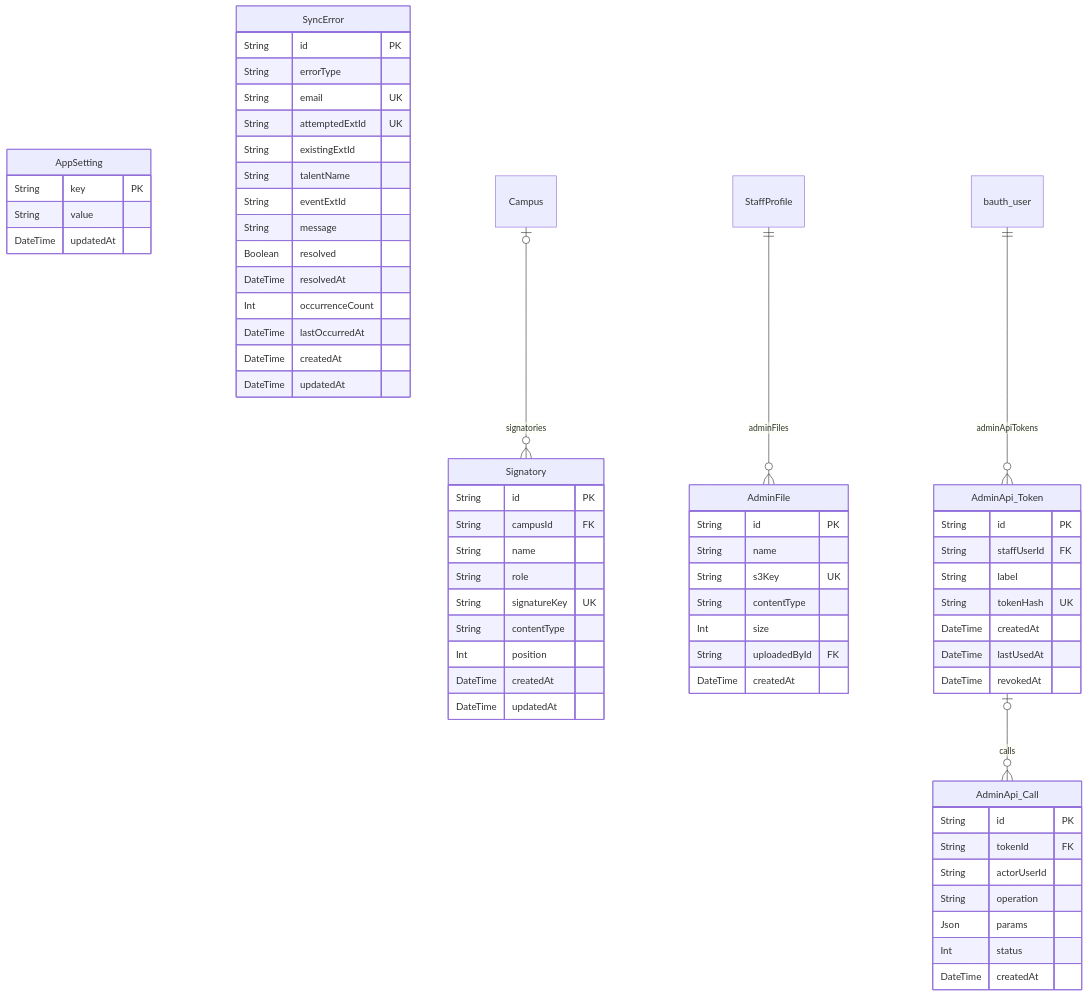
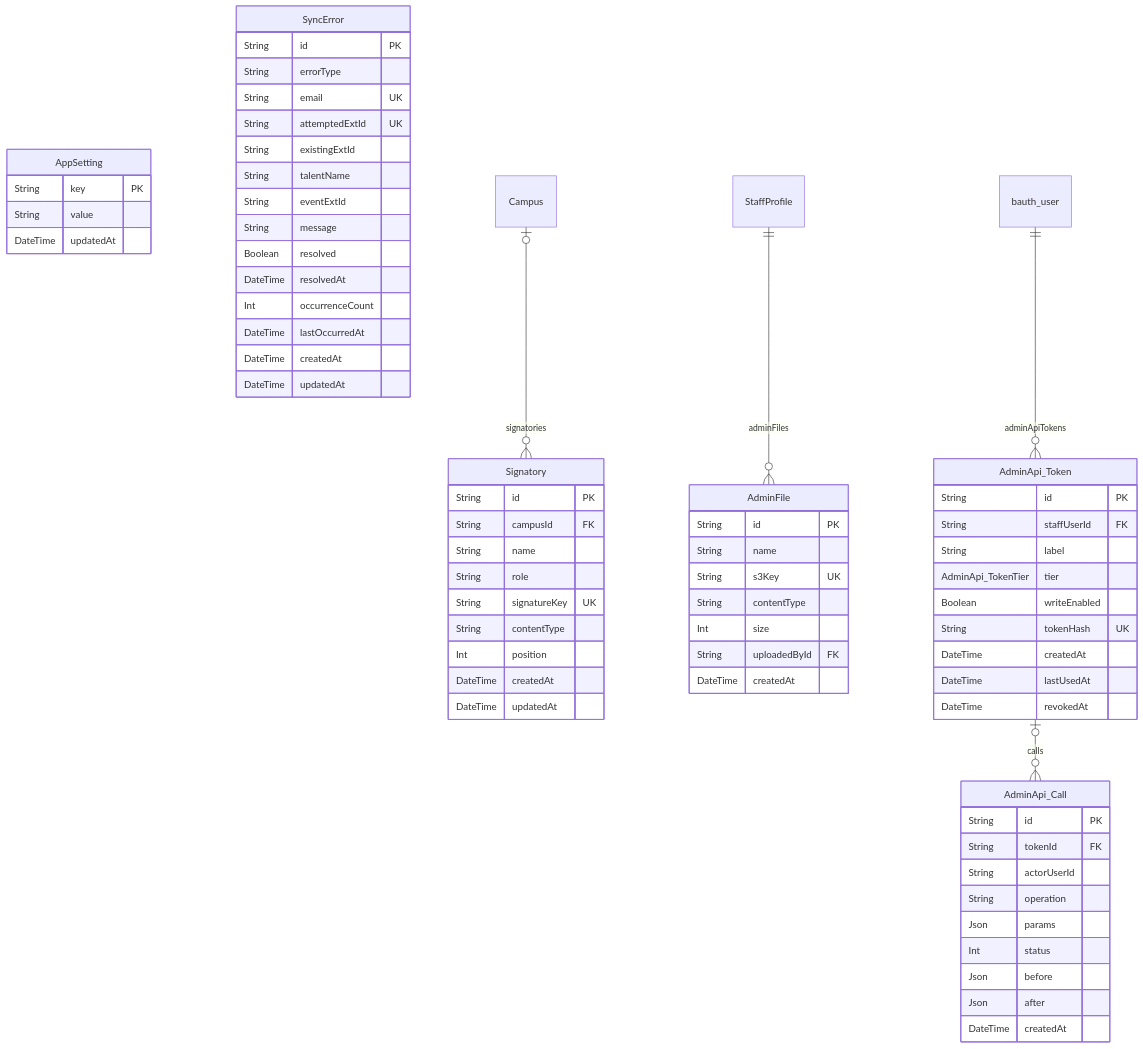
Before and after one commit to Manta-Epitech-Academy/jump: the tenth of 10 diagrams in frontend/docs/database.md, drawn with Mermaid. The commit also changed other lines of this file and 97 other files, not shown here.

First line of the commit message:
feat(admin): two-tier MCP catalogue and admin write operations

````diff
--- a/frontend/docs/database.md
+++ b/frontend/docs/database.md
@@ -802,72 +802,76 @@
 ```mermaid
 erDiagram
   AppSetting {
     String key PK
     String value
     DateTime updatedAt
   }
   Signatory {
     String id PK
     String campusId FK
     String name
     String role
     String signatureKey UK
     String contentType
     Int position
     DateTime createdAt
     DateTime updatedAt
   }
   AdminFile {
     String id PK
     String name
     String s3Key UK
     String contentType
     Int size
     String uploadedById FK
     DateTime createdAt
   }
   SyncError {
     String id PK
     String errorType
     String email UK
     String attemptedExtId UK
     String existingExtId
     String talentName
     String eventExtId
     String message
     Boolean resolved
     DateTime resolvedAt
     Int occurrenceCount
     DateTime lastOccurredAt
     DateTime createdAt
     DateTime updatedAt
   }
   AdminApi_Token {
     String id PK
     String staffUserId FK
     String label
+    AdminApi_TokenTier tier
+    Boolean writeEnabled
     String tokenHash UK
     DateTime createdAt
     DateTime lastUsedAt
     DateTime revokedAt
   }
   AdminApi_Call {
     String id PK
     String tokenId FK
     String actorUserId
     String operation
     Json params
     Int status
+    Json before
+    Json after
     DateTime createdAt
   }
   bauth_user {
   }
   StaffProfile {
   }
   Campus {
   }
   bauth_user ||--o{ AdminApi_Token : "adminApiTokens"
   StaffProfile ||--o{ AdminFile : "adminFiles"
   Campus |o--o{ Signatory : "signatories"
   AdminApi_Token |o--o{ AdminApi_Call : "calls"
 ```
````
